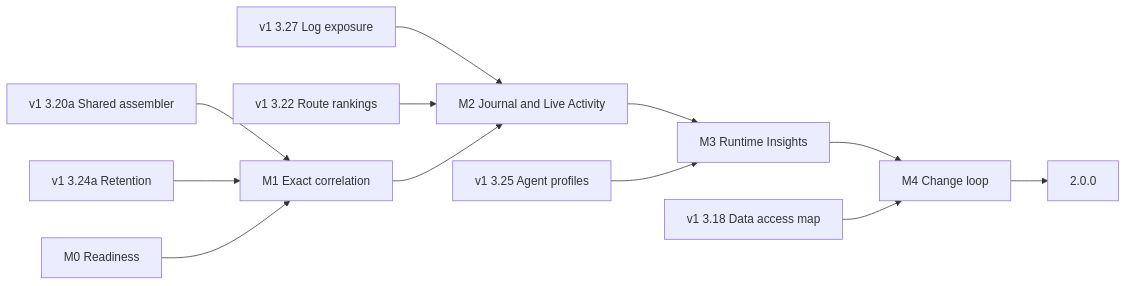
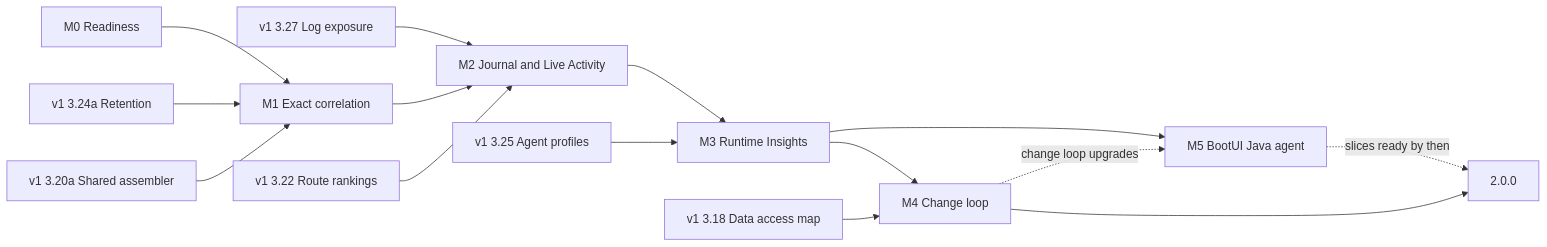
Before and after one commit to jdubois/boot-ui: the first of 2 diagrams in docs/PLAN-v2.md, drawn with Mermaid. The commit also changed other lines of this file, not shown here.

First line of the commit message:
docs(plan-v2): add optional BootUI Java agent (M5, §5.13-§5.17)

````diff
--- a/docs/PLAN-v2.md
+++ b/docs/PLAN-v2.md
@@ -217,14 +247,17 @@
 ```mermaid
 graph LR
   W0["v1 3.27 Log exposure"] --> M2
   W1a["v1 3.20a Shared assembler"] --> M1
   W1b["v1 3.24a Retention"] --> M1
   W1c["v1 3.22 Route rankings"] --> M2
   M0["M0 Readiness"] --> M1["M1 Exact correlation"]
   M1 --> M2["M2 Journal and Live Activity"]
   M2 --> M3["M3 Runtime Insights"]
   W2a["v1 3.25 Agent profiles"] --> M3
   M3 --> M4["M4 Change loop"]
   W2b["v1 3.18 Data access map"] --> M4
   M4 --> R["2.0.0"]
+  M3 --> M5["M5 BootUI Java agent"]
+  M4 -.change loop upgrades.-> M5
+  M5 -.slices ready by then.-> R
 ```
````
